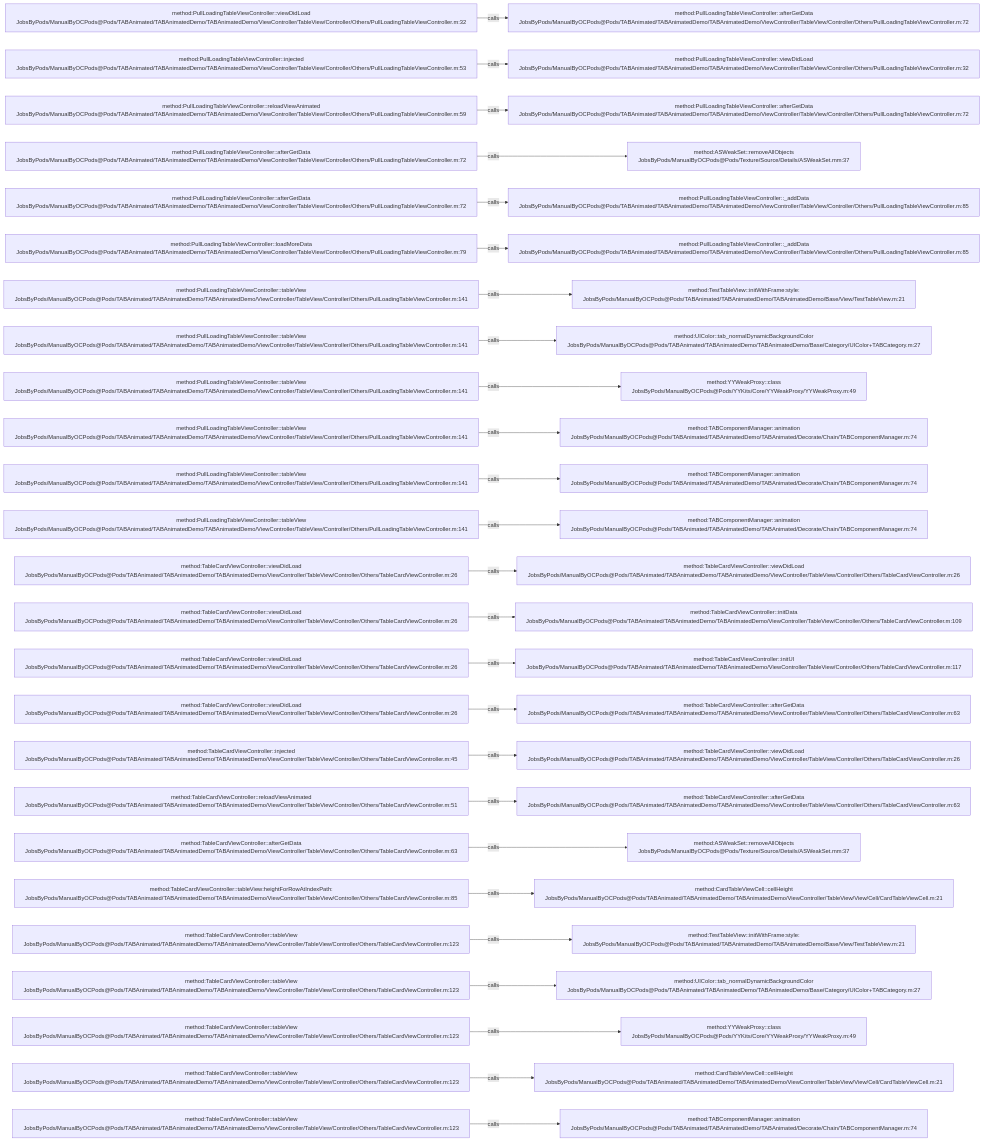
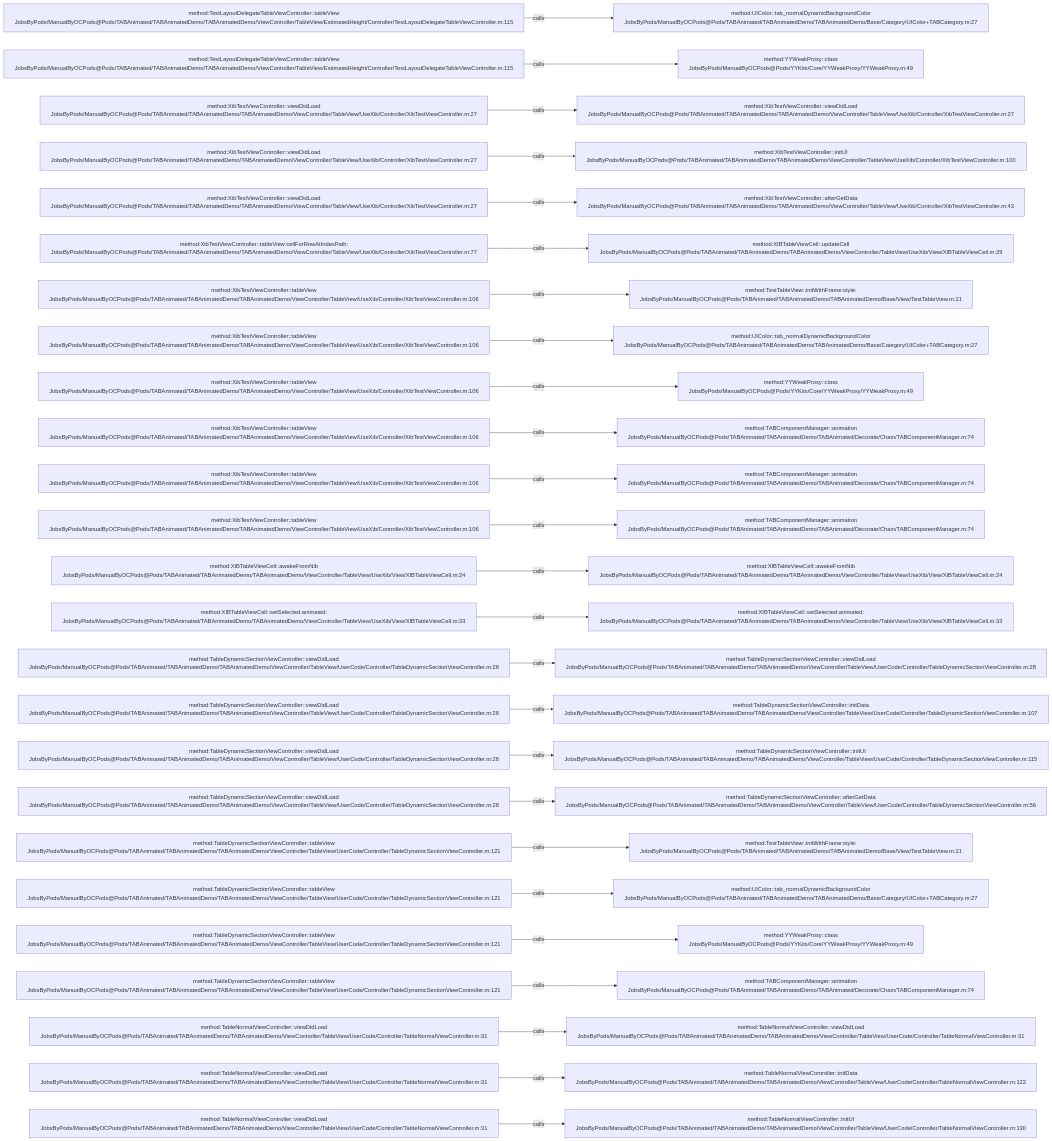
Before and after one commit to JobsKits/JobsOCBaseConfigDemo: the diagram in .codegraph/codegraph.md/graphs/calls-066.md, drawn with Mermaid. The commit also changed 1223 other files, not shown here.

````diff
--- a/.codegraph/codegraph.md/graphs/calls-066.md
+++ b/.codegraph/codegraph.md/graphs/calls-066.md
@@ -13,78 +13,78 @@
 ```mermaid
 flowchart LR
-  S1["method:PullLoadingTableViewController::viewDidLoad<br/>JobsByPods/ManualByOCPods@Pods/TABAnimated/TABAnimatedDemo/TABAnimatedDemo/ViewController/TableView/Controller/Others/PullLoadingTableViewController.m:32"]
-  T1["method:PullLoadingTableViewController::afterGetData<br/>JobsByPods/ManualByOCPods@Pods/TABAnimated/TABAnimatedDemo/TABAnimatedDemo/ViewController/TableView/Controller/Others/PullLoadingTableViewController.m:72"]
+  S1["method:TestLayoutDelegateTableViewController::tableView<br/>JobsByPods/ManualByOCPods@Pods/TABAnimated/TABAnimatedDemo/TABAnimatedDemo/ViewController/TableView/EstimatedHeight/Controller/TestLayoutDelegateTableViewController.m:115"]
+  T1["method:UIColor::tab_normalDynamicBackgroundColor<br/>JobsByPods/ManualByOCPods@Pods/TABAnimated/TABAnimatedDemo/TABAnimatedDemo/Base/Category/UIColor+TABCategory.m:27"]
   S1 -->|calls| T1
-  S2["method:PullLoadingTableViewController::injected<br/>JobsByPods/ManualByOCPods@Pods/TABAnimated/TABAnimatedDemo/TABAnimatedDemo/ViewController/TableView/Controller/Others/PullLoadingTableViewController.m:53"]
-  T2["method:PullLoadingTableViewController::viewDidLoad<br/>JobsByPods/ManualByOCPods@Pods/TABAnimated/TABAnimatedDemo/TABAnimatedDemo/ViewController/TableView/Controller/Others/PullLoadingTableViewController.m:32"]
+  S2["method:TestLayoutDelegateTableViewController::tableView<br/>JobsByPods/ManualByOCPods@Pods/TABAnimated/TABAnimatedDemo/TABAnimatedDemo/ViewController/TableView/EstimatedHeight/Controller/TestLayoutDelegateTableViewController.m:115"]
+  T2["method:YYWeakProxy::class<br/>JobsByPods/ManualByOCPods@Pods/YYKits/Core/YYWeakProxy/YYWeakProxy.m:49"]
   S2 -->|calls| T2
-  S3["method:PullLoadingTableViewController::reloadViewAnimated<br/>JobsByPods/ManualByOCPods@Pods/TABAnimated/TABAnimatedDemo/TABAnimatedDemo/ViewController/TableView/Controller/Others/PullLoadingTableViewController.m:59"]
-  T3["method:PullLoadingTableViewController::afterGetData<br/>JobsByPods/ManualByOCPods@Pods/TABAnimated/TABAnimatedDemo/TABAnimatedDemo/ViewController/TableView/Controller/Others/PullLoadingTableViewController.m:72"]
+  S3["method:XibTestViewController::viewDidLoad<br/>JobsByPods/ManualByOCPods@Pods/TABAnimated/TABAnimatedDemo/TABAnimatedDemo/ViewController/TableView/UseXib/Controller/XibTestViewController.m:27"]
+  T3["method:XibTestViewController::viewDidLoad<br/>JobsByPods/ManualByOCPods@Pods/TABAnimated/TABAnimatedDemo/TABAnimatedDemo/ViewController/TableView/UseXib/Controller/XibTestViewController.m:27"]
   S3 -->|calls| T3
-  S4["method:PullLoadingTableViewController::afterGetData<br/>JobsByPods/ManualByOCPods@Pods/TABAnimated/TABAnimatedDemo/TABAnimatedDemo/ViewController/TableView/Controller/Others/PullLoadingTableViewController.m:72"]
-  T4["method:ASWeakSet::removeAllObjects<br/>JobsByPods/ManualByOCPods@Pods/Texture/Source/Details/ASWeakSet.mm:37"]
+  S4["method:XibTestViewController::viewDidLoad<br/>JobsByPods/ManualByOCPods@Pods/TABAnimated/TABAnimatedDemo/TABAnimatedDemo/ViewController/TableView/UseXib/Controller/XibTestViewController.m:27"]
+  T4["method:XibTestViewController::initUI<br/>JobsByPods/ManualByOCPods@Pods/TABAnimated/TABAnimatedDemo/TABAnimatedDemo/ViewController/TableView/UseXib/Controller/XibTestViewController.m:100"]
   S4 -->|calls| T4
-  S5["method:PullLoadingTableViewController::afterGetData<br/>JobsByPods/ManualByOCPods@Pods/TABAnimated/TABAnimatedDemo/TABAnimatedDemo/ViewController/TableView/Controller/Others/PullLoadingTableViewController.m:72"]
-  T5["method:PullLoadingTableViewController::_addData<br/>JobsByPods/ManualByOCPods@Pods/TABAnimated/TABAnimatedDemo/TABAnimatedDemo/ViewController/TableView/Controller/Others/PullLoadingTableViewController.m:85"]
+  S5["method:XibTestViewController::viewDidLoad<br/>JobsByPods/ManualByOCPods@Pods/TABAnimated/TABAnimatedDemo/TABAnimatedDemo/ViewController/TableView/UseXib/Controller/XibTestViewController.m:27"]
+  T5["method:XibTestViewController::afterGetData<br/>JobsByPods/ManualByOCPods@Pods/TABAnimated/TABAnimatedDemo/TABAnimatedDemo/ViewController/TableView/UseXib/Controller/XibTestViewController.m:43"]
   S5 -->|calls| T5
-  S6["method:PullLoadingTableViewController::loadMoreData<br/>JobsByPods/ManualByOCPods@Pods/TABAnimated/TABAnimatedDemo/TABAnimatedDemo/ViewController/TableView/Controller/Others/PullLoadingTableViewController.m:79"]
-  T6["method:PullLoadingTableViewController::_addData<br/>JobsByPods/ManualByOCPods@Pods/TABAnimated/TABAnimatedDemo/TABAnimatedDemo/ViewController/TableView/Controller/Others/PullLoadingTableViewController.m:85"]
+  S6["method:XibTestViewController::tableView:cellForRowAtIndexPath:<br/>JobsByPods/ManualByOCPods@Pods/TABAnimated/TABAnimatedDemo/TABAnimatedDemo/ViewController/TableView/UseXib/Controller/XibTestViewController.m:77"]
+  T6["method:XIBTableViewCell::updateCell<br/>JobsByPods/ManualByOCPods@Pods/TABAnimated/TABAnimatedDemo/TABAnimatedDemo/ViewController/TableView/UseXib/View/XIBTableViewCell.m:29"]
   S6 -->|calls| T6
-  S7["method:PullLoadingTableViewController::tableView<br/>JobsByPods/ManualByOCPods@Pods/TABAnimated/TABAnimatedDemo/TABAnimatedDemo/ViewController/TableView/Controller/Others/PullLoadingTableViewController.m:141"]
+  S7["method:XibTestViewController::tableView<br/>JobsByPods/ManualByOCPods@Pods/TABAnimated/TABAnimatedDemo/TABAnimatedDemo/ViewController/TableView/UseXib/Controller/XibTestViewController.m:106"]
   T7["method:TestTableView::initWithFrame:style:<br/>JobsByPods/ManualByOCPods@Pods/TABAnimated/TABAnimatedDemo/TABAnimatedDemo/Base/View/TestTableView.m:21"]
   S7 -->|calls| T7
-  S8["method:PullLoadingTableViewController::tableView<br/>JobsByPods/ManualByOCPods@Pods/TABAnimated/TABAnimatedDemo/TABAnimatedDemo/ViewController/TableView/Controller/Others/PullLoadingTableViewController.m:141"]
+  S8["method:XibTestViewController::tableView<br/>JobsByPods/ManualByOCPods@Pods/TABAnimated/TABAnimatedDemo/TABAnimatedDemo/ViewController/TableView/UseXib/Controller/XibTestViewController.m:106"]
   T8["method:UIColor::tab_normalDynamicBackgroundColor<br/>JobsByPods/ManualByOCPods@Pods/TABAnimated/TABAnimatedDemo/TABAnimatedDemo/Base/Category/UIColor+TABCategory.m:27"]
   S8 -->|calls| T8
-  S9["method:PullLoadingTableViewController::tableView<br/>JobsByPods/ManualByOCPods@Pods/TABAnimated/TABAnimatedDemo/TABAnimatedDemo/ViewController/TableView/Controller/Others/PullLoadingTableViewController.m:141"]
+  S9["method:XibTestViewController::tableView<br/>JobsByPods/ManualByOCPods@Pods/TABAnimated/TABAnimatedDemo/TABAnimatedDemo/ViewController/TableView/UseXib/Controller/XibTestViewController.m:106"]
   T9["method:YYWeakProxy::class<br/>JobsByPods/ManualByOCPods@Pods/YYKits/Core/YYWeakProxy/YYWeakProxy.m:49"]
   S9 -->|calls| T9
-  S10["method:PullLoadingTableViewController::tableView<br/>JobsByPods/ManualByOCPods@Pods/TABAnimated/TABAnimatedDemo/TABAnimatedDemo/ViewController/TableView/Controller/Others/PullLoadingTableViewController.m:141"]
+  S10["method:XibTestViewController::tableView<br/>JobsByPods/ManualByOCPods@Pods/TABAnimated/TABAnimatedDemo/TABAnimatedDemo/ViewController/TableView/UseXib/Controller/XibTestViewController.m:106"]
   T10["method:TABComponentManager::animation<br/>JobsByPods/ManualByOCPods@Pods/TABAnimated/TABAnimatedDemo/TABAnimated/Decorate/Chain/TABComponentManager.m:74"]
   S10 -->|calls| T10
-  S11["method:PullLoadingTableViewController::tableView<br/>JobsByPods/ManualByOCPods@Pods/TABAnimated/TABAnimatedDemo/TABAnimatedDemo/ViewController/TableView/Controller/Others/PullLoadingTableViewController.m:141"]
+  S11["method:XibTestViewController::tableView<br/>JobsByPods/ManualByOCPods@Pods/TABAnimated/TABAnimatedDemo/TABAnimatedDemo/ViewController/TableView/UseXib/Controller/XibTestViewController.m:106"]
   T11["method:TABComponentManager::animation<br/>JobsByPods/ManualByOCPods@Pods/TABAnimated/TABAnimatedDemo/TABAnimated/Decorate/Chain/TABComponentManager.m:74"]
   S11 -->|calls| T11
-  S12["method:PullLoadingTableViewController::tableView<br/>JobsByPods/ManualByOCPods@Pods/TABAnimated/TABAnimatedDemo/TABAnimatedDemo/ViewController/TableView/Controller/Others/PullLoadingTableViewController.m:141"]
+  S12["method:XibTestViewController::tableView<br/>JobsByPods/ManualByOCPods@Pods/TABAnimated/TABAnimatedDemo/TABAnimatedDemo/ViewController/TableView/UseXib/Controller/XibTestViewController.m:106"]
   T12["method:TABComponentManager::animation<br/>JobsByPods/ManualByOCPods@Pods/TABAnimated/TABAnimatedDemo/TABAnimated/Decorate/Chain/TABComponentManager.m:74"]
   S12 -->|calls| T12
-  S13["method:TableCardViewController::viewDidLoad<br/>JobsByPods/ManualByOCPods@Pods/TABAnimated/TABAnimatedDemo/TABAnimatedDemo/ViewController/TableView/Controller/Others/TableCardViewController.m:26"]
-  T13["method:TableCardViewController::viewDidLoad<br/>JobsByPods/ManualByOCPods@Pods/TABAnimated/TABAnimatedDemo/TABAnimatedDemo/ViewController/TableView/Controller/Others/TableCardViewController.m:26"]
+  S13["method:XIBTableViewCell::awakeFromNib<br/>JobsByPods/ManualByOCPods@Pods/TABAnimated/TABAnimatedDemo/TABAnimatedDemo/ViewController/TableView/UseXib/View/XIBTableViewCell.m:24"]
+  T13["method:XIBTableViewCell::awakeFromNib<br/>JobsByPods/ManualByOCPods@Pods/TABAnimated/TABAnimatedDemo/TABAnimatedDemo/ViewController/TableView/UseXib/View/XIBTableViewCell.m:24"]
   S13 -->|calls| T13
-  S14["method:TableCardViewController::viewDidLoad<br/>JobsByPods/ManualByOCPods@Pods/TABAnimated/TABAnimatedDemo/TABAnimatedDemo/ViewController/TableView/Controller/Others/TableCardViewController.m:26"]
-  T14["method:TableCardViewController::initData<br/>JobsByPods/ManualByOCPods@Pods/TABAnimated/TABAnimatedDemo/TABAnimatedDemo/ViewController/TableView/Controller/Others/TableCardViewController.m:109"]
+  S14["method:XIBTableViewCell::setSelected:animated:<br/>JobsByPods/ManualByOCPods@Pods/TABAnimated/TABAnimatedDemo/TABAnimatedDemo/ViewController/TableView/UseXib/View/XIBTableViewCell.m:33"]
+  T14["method:XIBTableViewCell::setSelected:animated:<br/>JobsByPods/ManualByOCPods@Pods/TABAnimated/TABAnimatedDemo/TABAnimatedDemo/ViewController/TableView/UseXib/View/XIBTableViewCell.m:33"]
   S14 -->|calls| T14
-  S15["method:TableCardViewController::viewDidLoad<br/>JobsByPods/ManualByOCPods@Pods/TABAnimated/TABAnimatedDemo/TABAnimatedDemo/ViewController/TableView/Controller/Others/TableCardViewController.m:26"]
-  T15["method:TableCardViewController::initUI<br/>JobsByPods/ManualByOCPods@Pods/TABAnimated/TABAnimatedDemo/TABAnimatedDemo/ViewController/TableView/Controller/Others/TableCardViewController.m:117"]
+  S15["method:TableDynamicSectionViewController::viewDidLoad<br/>JobsByPods/ManualByOCPods@Pods/TABAnimated/TABAnimatedDemo/TABAnimatedDemo/ViewController/TableView/UserCode/Controller/TableDynamicSectionViewController.m:28"]
+  T15["method:TableDynamicSectionViewController::viewDidLoad<br/>JobsByPods/ManualByOCPods@Pods/TABAnimated/TABAnimatedDemo/TABAnimatedDemo/ViewController/TableView/UserCode/Controller/TableDynamicSectionViewController.m:28"]
   S15 -->|calls| T15
-  S16["method:TableCardViewController::viewDidLoad<br/>JobsByPods/ManualByOCPods@Pods/TABAnimated/TABAnimatedDemo/TABAnimatedDemo/ViewController/TableView/Controller/Others/TableCardViewController.m:26"]
-  T16["method:TableCardViewController::afterGetData<br/>JobsByPods/ManualByOCPods@Pods/TABAnimated/TABAnimatedDemo/TABAnimatedDemo/ViewController/TableView/Controller/Others/TableCardViewController.m:63"]
+  S16["method:TableDynamicSectionViewController::viewDidLoad<br/>JobsByPods/ManualByOCPods@Pods/TABAnimated/TABAnimatedDemo/TABAnimatedDemo/ViewController/TableView/UserCode/Controller/TableDynamicSectionViewController.m:28"]
+  T16["method:TableDynamicSectionViewController::initData<br/>JobsByPods/ManualByOCPods@Pods/TABAnimated/TABAnimatedDemo/TABAnimatedDemo/ViewController/TableView/UserCode/Controller/TableDynamicSectionViewController.m:107"]
   S16 -->|calls| T16
-  S17["method:TableCardViewController::injected<br/>JobsByPods/ManualByOCPods@Pods/TABAnimated/TABAnimatedDemo/TABAnimatedDemo/ViewController/TableView/Controller/Others/TableCardViewController.m:45"]
-  T17["method:TableCardViewController::viewDidLoad<br/>JobsByPods/ManualByOCPods@Pods/TABAnimated/TABAnimatedDemo/TABAnimatedDemo/ViewController/TableView/Controller/Others/TableCardViewController.m:26"]
+  S17["method:TableDynamicSectionViewController::viewDidLoad<br/>JobsByPods/ManualByOCPods@Pods/TABAnimated/TABAnimatedDemo/TABAnimatedDemo/ViewController/TableView/UserCode/Controller/TableDynamicSectionViewController.m:28"]
+  T17["method:TableDynamicSectionViewController::initUI<br/>JobsByPods/ManualByOCPods@Pods/TABAnimated/TABAnimatedDemo/TABAnimatedDemo/ViewController/TableView/UserCode/Controller/TableDynamicSectionViewController.m:115"]
   S17 -->|calls| T17
-  S18["method:TableCardViewController::reloadViewAnimated<br/>JobsByPods/ManualByOCPods@Pods/TABAnimated/TABAnimatedDemo/TABAnimatedDemo/ViewController/TableView/Controller/Others/TableCardViewController.m:51"]
-  T18["method:TableCardViewController::afterGetData<br/>JobsByPods/ManualByOCPods@Pods/TABAnimated/TABAnimatedDemo/TABAnimatedDemo/ViewController/TableView/Controller/Others/TableCardViewController.m:63"]
+  S18["method:TableDynamicSectionViewController::viewDidLoad<br/>JobsByPods/ManualByOCPods@Pods/TABAnimated/TABAnimatedDemo/TABAnimatedDemo/ViewController/TableView/UserCode/Controller/TableDynamicSectionViewController.m:28"]
+  T18["method:TableDynamicSectionViewController::afterGetData<br/>JobsByPods/ManualByOCPods@Pods/TABAnimated/TABAnimatedDemo/TABAnimatedDemo/ViewController/TableView/UserCode/Controller/TableDynamicSectionViewController.m:56"]
   S18 -->|calls| T18
-  S19["method:TableCardViewController::afterGetData<br/>JobsByPods/ManualByOCPods@Pods/TABAnimated/TABAnimatedDemo/TABAnimatedDemo/ViewController/TableView/Controller/Others/TableCardViewController.m:63"]
-  T19["method:ASWeakSet::removeAllObjects<br/>JobsByPods/ManualByOCPods@Pods/Texture/Source/Details/ASWeakSet.mm:37"]
+  S19["method:TableDynamicSectionViewController::tableView<br/>JobsByPods/ManualByOCPods@Pods/TABAnimated/TABAnimatedDemo/TABAnimatedDemo/ViewController/TableView/UserCode/Controller/TableDynamicSectionViewController.m:121"]
+  T19["method:TestTableView::initWithFrame:style:<br/>JobsByPods/ManualByOCPods@Pods/TABAnimated/TABAnimatedDemo/TABAnimatedDemo/Base/View/TestTableView.m:21"]
   S19 -->|calls| T19
-  S20["method:TableCardViewController::tableView:heightForRowAtIndexPath:<br/>JobsByPods/ManualByOCPods@Pods/TABAnimated/TABAnimatedDemo/TABAnimatedDemo/ViewController/TableView/Controller/Others/TableCardViewController.m:85"]
-  T20["method:CardTableViewCell::cellHeight<br/>JobsByPods/ManualByOCPods@Pods/TABAnimated/TABAnimatedDemo/TABAnimatedDemo/ViewController/TableView/View/Cell/CardTableViewCell.m:21"]
+  S20["method:TableDynamicSectionViewController::tableView<br/>JobsByPods/ManualByOCPods@Pods/TABAnimated/TABAnimatedDemo/TABAnimatedDemo/ViewController/TableView/UserCode/Controller/TableDynamicSectionViewController.m:121"]
+  T20["method:UIColor::tab_normalDynamicBackgroundColor<br/>JobsByPods/ManualByOCPods@Pods/TABAnimated/TABAnimatedDemo/TABAnimatedDemo/Base/Category/UIColor+TABCategory.m:27"]
   S20 -->|calls| T20
-  S21["method:TableCardViewController::tableView<br/>JobsByPods/ManualByOCPods@Pods/TABAnimated/TABAnimatedDemo/TABAnimatedDemo/ViewController/TableView/Controller/Others/TableCardViewController.m:123"]
-  T21["method:TestTableView::initWithFrame:style:<br/>JobsByPods/ManualByOCPods@Pods/TABAnimated/TABAnimatedDemo/TABAnimatedDemo/Base/View/TestTableView.m:21"]
+  S21["method:TableDynamicSectionViewController::tableView<br/>JobsByPods/ManualByOCPods@Pods/TABAnimated/TABAnimatedDemo/TABAnimatedDemo/ViewController/TableView/UserCode/Controller/TableDynamicSectionViewController.m:121"]
+  T21["method:YYWeakProxy::class<br/>JobsByPods/ManualByOCPods@Pods/YYKits/Core/YYWeakProxy/YYWeakProxy.m:49"]
   S21 -->|calls| T21
-  S22["method:TableCardViewController::tableView<br/>JobsByPods/ManualByOCPods@Pods/TABAnimated/TABAnimatedDemo/TABAnimatedDemo/ViewController/TableView/Controller/Others/TableCardViewController.m:123"]
-  T22["method:UIColor::tab_normalDynamicBackgroundColor<br/>JobsByPods/ManualByOCPods@Pods/TABAnimated/TABAnimatedDemo/TABAnimatedDemo/Base/Category/UIColor+TABCategory.m:27"]
+  S22["method:TableDynamicSectionViewController::tableView<br/>JobsByPods/ManualByOCPods@Pods/TABAnimated/TABAnimatedDemo/TABAnimatedDemo/ViewController/TableView/UserCode/Controller/TableDynamicSectionViewController.m:121"]
+  T22["method:TABComponentManager::animation<br/>JobsByPods/ManualByOCPods@Pods/TABAnimated/TABAnimatedDemo/TABAnimated/Decorate/Chain/TABComponentManager.m:74"]
   S22 -->|calls| T22
-  S23["method:TableCardViewController::tableView<br/>JobsByPods/ManualByOCPods@Pods/TABAnimated/TABAnimatedDemo/TABAnimatedDemo/ViewController/TableView/Controller/Others/TableCardViewController.m:123"]
-  T23["method:YYWeakProxy::class<br/>JobsByPods/ManualByOCPods@Pods/YYKits/Core/YYWeakProxy/YYWeakProxy.m:49"]
+  S23["method:TableNormalViewController::viewDidLoad<br/>JobsByPods/ManualByOCPods@Pods/TABAnimated/TABAnimatedDemo/TABAnimatedDemo/ViewController/TableView/UserCode/Controller/TableNormalViewController.m:31"]
+  T23["method:TableNormalViewController::viewDidLoad<br/>JobsByPods/ManualByOCPods@Pods/TABAnimated/TABAnimatedDemo/TABAnimatedDemo/ViewController/TableView/UserCode/Controller/TableNormalViewController.m:31"]
   S23 -->|calls| T23
-  S24["method:TableCardViewController::tableView<br/>JobsByPods/ManualByOCPods@Pods/TABAnimated/TABAnimatedDemo/TABAnimatedDemo/ViewController/TableView/Controller/Others/TableCardViewController.m:123"]
-  T24["method:CardTableViewCell::cellHeight<br/>JobsByPods/ManualByOCPods@Pods/TABAnimated/TABAnimatedDemo/TABAnimatedDemo/ViewController/TableView/View/Cell/CardTableViewCell.m:21"]
+  S24["method:TableNormalViewController::viewDidLoad<br/>JobsByPods/ManualByOCPods@Pods/TABAnimated/TABAnimatedDemo/TABAnimatedDemo/ViewController/TableView/UserCode/Controller/TableNormalViewController.m:31"]
+  T24["method:TableNormalViewController::initData<br/>JobsByPods/ManualByOCPods@Pods/TABAnimated/TABAnimatedDemo/TABAnimatedDemo/ViewController/TableView/UserCode/Controller/TableNormalViewController.m:122"]
   S24 -->|calls| T24
-  S25["method:TableCardViewController::tableView<br/>JobsByPods/ManualByOCPods@Pods/TABAnimated/TABAnimatedDemo/TABAnimatedDemo/ViewController/TableView/Controller/Others/TableCardViewController.m:123"]
-  T25["method:TABComponentManager::animation<br/>JobsByPods/ManualByOCPods@Pods/TABAnimated/TABAnimatedDemo/TABAnimated/Decorate/Chain/TABComponentManager.m:74"]
+  S25["method:TableNormalViewController::viewDidLoad<br/>JobsByPods/ManualByOCPods@Pods/TABAnimated/TABAnimatedDemo/TABAnimatedDemo/ViewController/TableView/UserCode/Controller/TableNormalViewController.m:31"]
+  T25["method:TableNormalViewController::initUI<br/>JobsByPods/ManualByOCPods@Pods/TABAnimated/TABAnimatedDemo/TABAnimatedDemo/ViewController/TableView/UserCode/Controller/TableNormalViewController.m:130"]
   S25 -->|calls| T25
 ```
````
